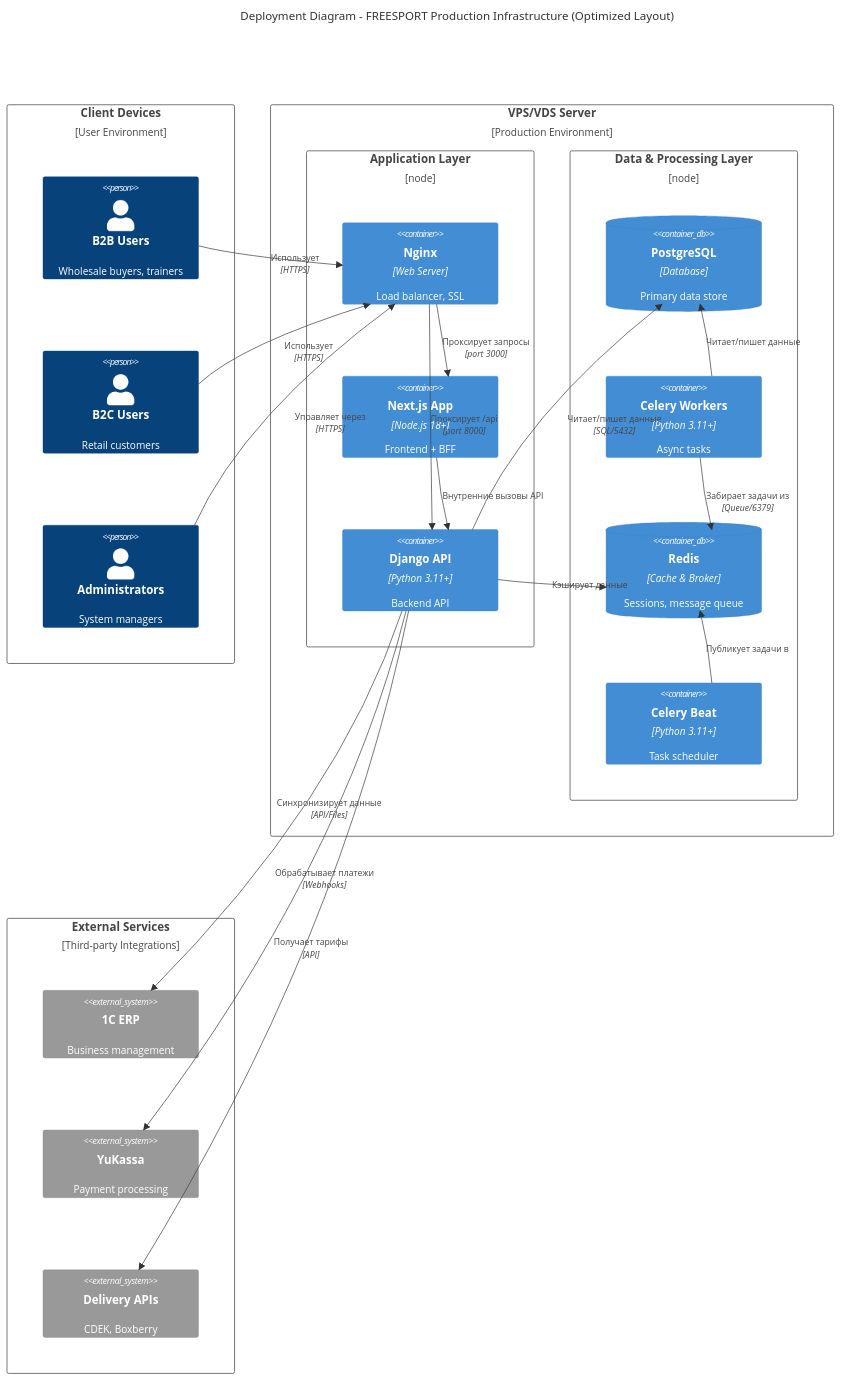
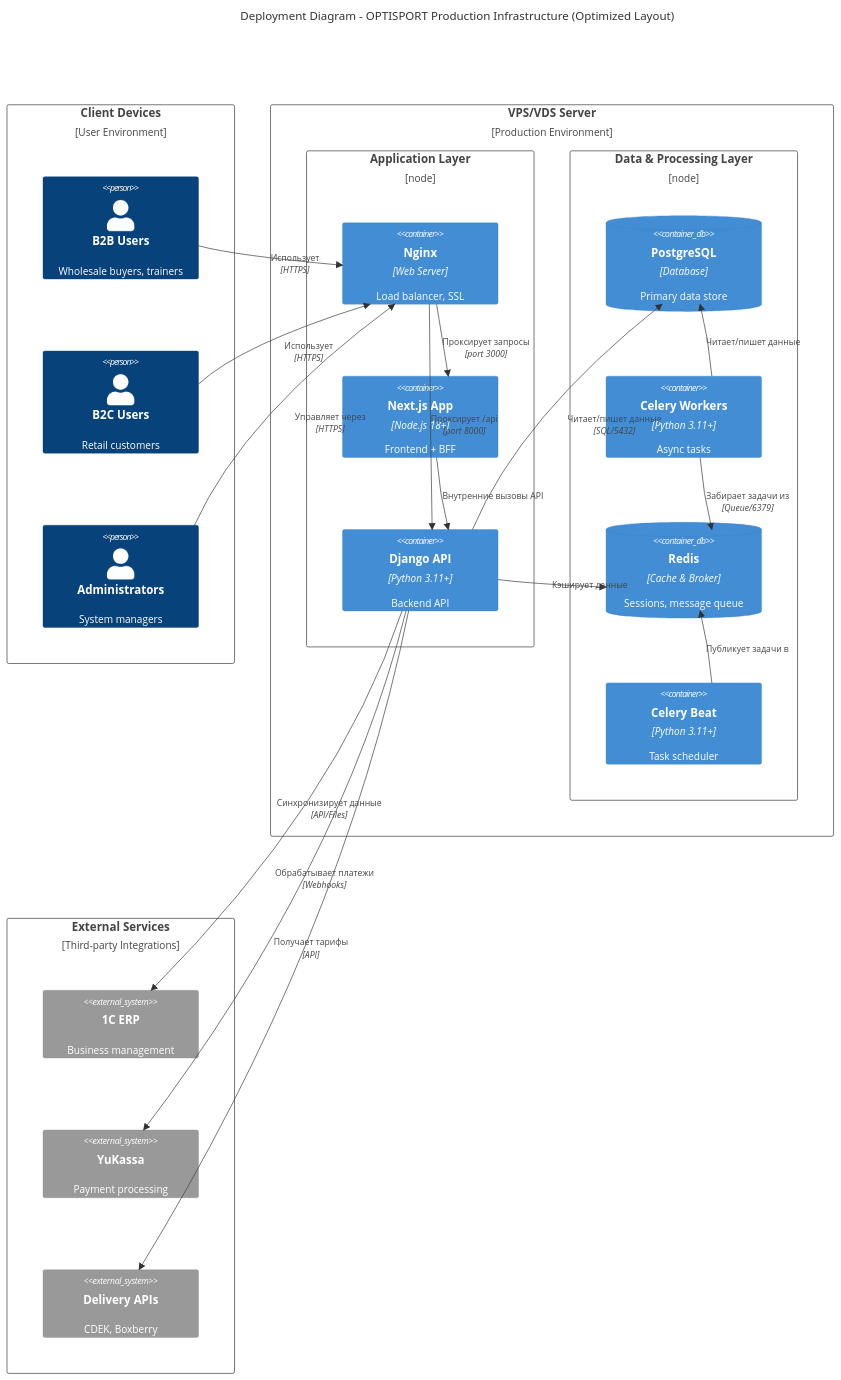
The first of 4 diagrams in docs/architecture/06-system-architecture.md (AlexMobiCraft/FREESPORT), drawn with Mermaid before and after one commit. The commit also changed 217 other files, not shown here.

First line of the commit message:
chore(rebrand): оставшиеся упоминания FREESPORT заменены на OPTISPORT

````diff
--- a/docs/architecture/06-system-architecture.md
+++ b/docs/architecture/06-system-architecture.md
@@ -5,57 +5,57 @@
 ```mermaid
 C4Deployment
-    title Deployment Diagram - FREESPORT Production Infrastructure (Optimized Layout)
+    title Deployment Diagram - OPTISPORT Production Infrastructure (Optimized Layout)
 
     %% Группируем всех пользователей
     Deployment_Node(client, "Client Devices", "User Environment") {
         Person(b2b_users, "B2B Users", "Wholesale buyers, trainers")
         Person(b2c_users, "B2C Users", "Retail customers")
         Person(admins, "Administrators", "System managers")
     }
     %% Основной узел сервера с вложенной группировкой для ясности
     Deployment_Node(cloud, "VPS/VDS Server", "Production Environment") {
 
         %% Внутренний узел для компонентов, отвечающих за обработку запросов
         Deployment_Node(app_layer, "Application Layer") {
             Container(nginx, "Nginx", "Web Server", "Load balancer, SSL")
             Container(nextjs, "Next.js App", "Node.js 18+", "Frontend + BFF")
             Container(django, "Django API", "Python 3.11+", "Backend API")
         }
 
         %% Внутренний узел для данных и фоновых служб с измененным порядком
         Deployment_Node(data_layer, "Data & Processing Layer") {
             ContainerDb(postgres, "PostgreSQL", "Database", "Primary data store")
             Container(celery, "Celery Workers", "Python 3.11+", "Async tasks")
             ContainerDb(redis, "Redis", "Cache & Broker", "Sessions, message queue")
             Container(celery_beat, "Celery Beat", "Python 3.11+", "Task scheduler")
         }
 
         %% --- Внутренние связи ---
         Rel(nginx, nextjs, "Проксирует запросы", "port 3000")
         Rel(nginx, django, "Проксирует /api", "port 8000")
         Rel(nextjs, django, "Внутренние вызовы API")
 
         Rel(django, postgres, "Читает/пишет данные", "SQL/5432")
         Rel(django, redis, "Кэширует данные")
 
         Rel(celery, redis, "Забирает задачи из", "Queue/6379")
         Rel(celery_beat, redis, "Публикует задачи в")
         Rel(celery, postgres, "Читает/пишет данные")
     }
 
     %% Группируем внешние сервисы
     Deployment_Node(external, "External Services", "Third-party Integrations") {
         System_Ext(onec, "1C ERP", "Business management")
         System_Ext(yukassa, "YuKassa", "Payment processing")
         System_Ext(delivery, "Delivery APIs", "CDEK, Boxberry")
     }
 
     %% --- Внешние связи ---
     Rel(b2b_users, nginx, "Использует", "HTTPS")
     Rel(b2c_users, nginx, "Использует", "HTTPS")
     Rel(admins, nginx, "Управляет через", "HTTPS")
 
     Rel(django, onec, "Синхронизирует данные", "API/Files")
     Rel(django, yukassa, "Обрабатывает платежи", "Webhooks")
     Rel(django, delivery, "Получает тарифы", "API")
 ```
````
